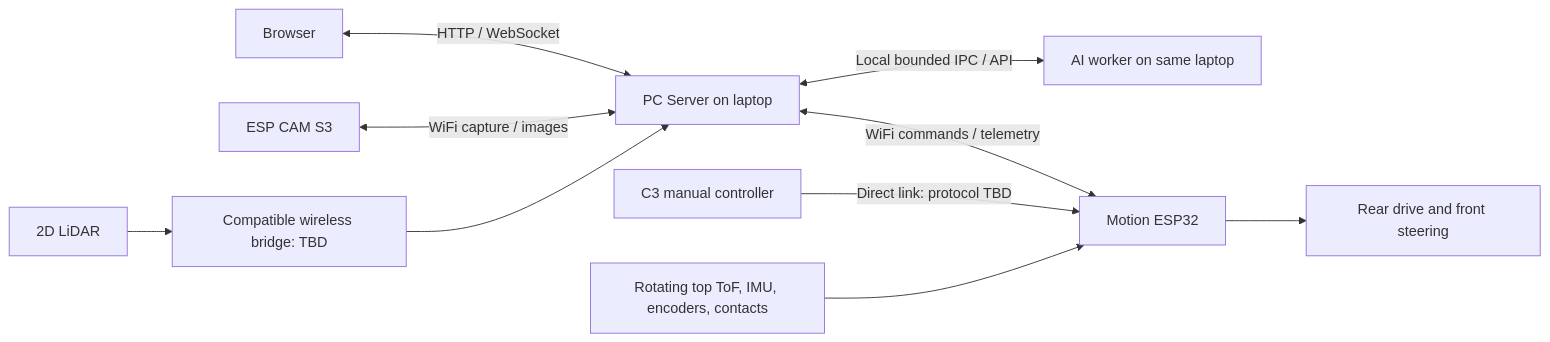
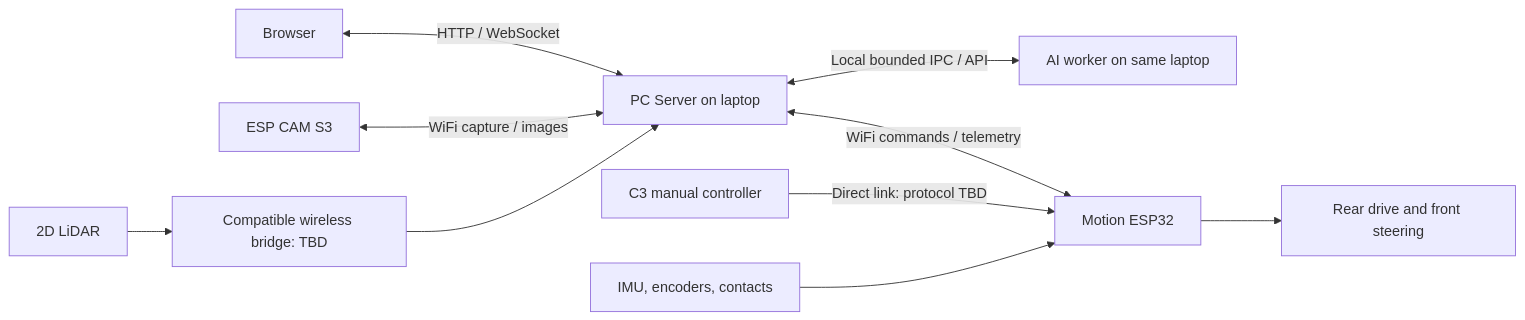
One commit to ResQ-Vision/project changed the diagram in docs/architecture/system.md. Above: the diagram before and after it, drawn with Mermaid. The commit also changed other lines of this file and 26 other files, not shown here.

````diff
--- a/docs/architecture/system.md
+++ b/docs/architecture/system.md
@@ -20,12 +20,12 @@
 ```mermaid
 flowchart LR
     B[Browser] <-->|HTTP / WebSocket| S[PC Server on laptop]
     S <-->|Local bounded IPC / API| A[AI worker on same laptop]
     S <-->|WiFi commands / telemetry| E[Motion ESP32]
     C[C3 manual controller] -->|Direct link: protocol TBD| E
-    T[Rotating top ToF, IMU, encoders, contacts] --> E
+    T[IMU, encoders, contacts] --> E
     E --> D[Rear drive and front steering]
     CAM[ESP CAM S3] <-->|WiFi capture / images| S
     L[2D LiDAR] --> W[Compatible wireless bridge: TBD]
     W --> S
 ```
````
